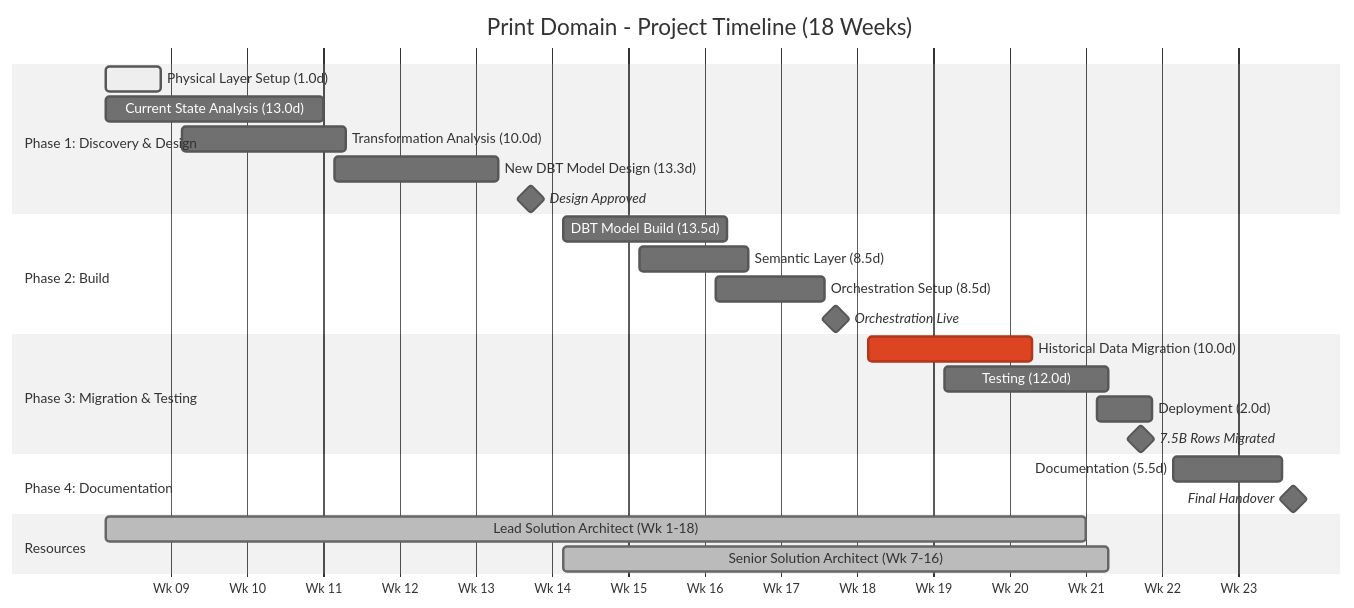
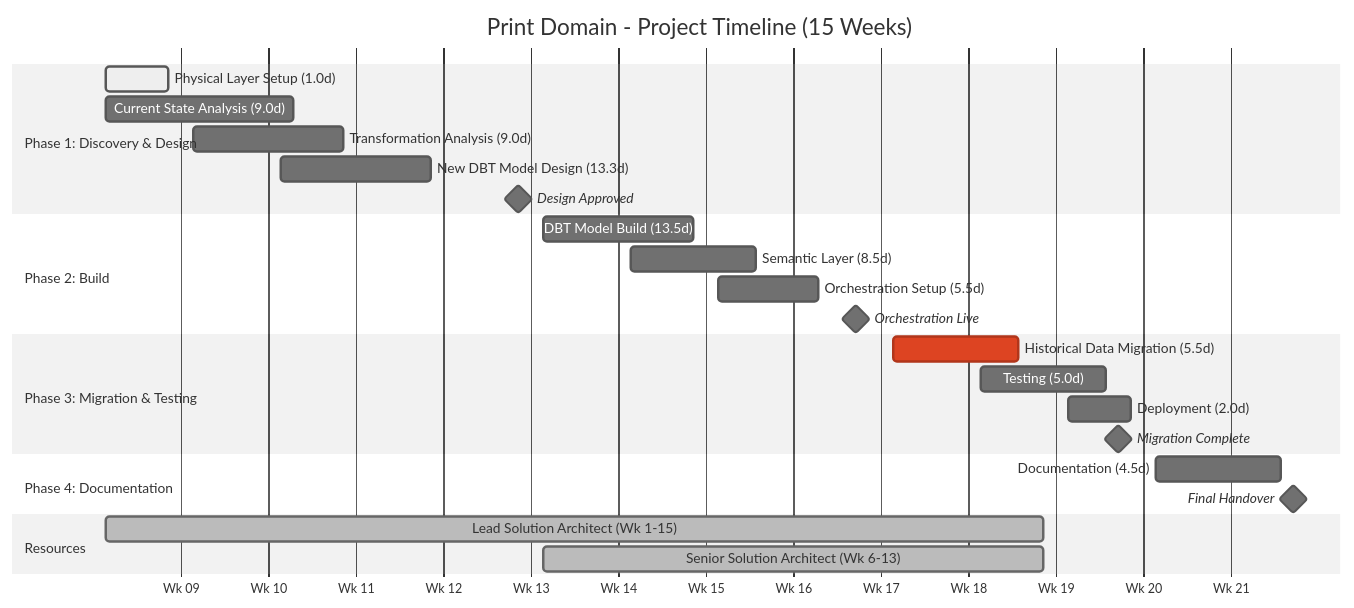
Before and after one commit to sfc-gh-mhindi/REPO_CANVA: the first of 2 diagrams in 4-DataPipelinePrioritisation/InternalSoWs/SoWs/Print_Domain_Scope_of_Work_INTERNAL.md, drawn with Mermaid (neutral theme). The commit also changed other lines of this file and 3 other files, not shown here.

First line of the commit message:
Update timelines and resource requirements to match new estimates

````diff
--- a/4-DataPipelinePrioritisation/InternalSoWs/SoWs/Print_Domain_Scope_of_Work_INTERNAL.md
+++ b/4-DataPipelinePrioritisation/InternalSoWs/SoWs/Print_Domain_Scope_of_Work_INTERNAL.md
@@ -533,34 +533,34 @@
 ```mermaid
 gantt
-    title Print Domain - Project Timeline (18 Weeks)
+    title Print Domain - Project Timeline (15 Weeks)
     dateFormat  YYYY-MM-DD
     axisFormat  Wk %W
     tickInterval 1week
     
     section Phase 1: Discovery & Design
     Physical Layer Setup (1.0d)           :active, p1a, 2026-03-02, 5d
-    Current State Analysis (13.0d)        :p1b, 2026-03-02, 20d
-    Transformation Analysis (10.0d)       :p1c, 2026-03-09, 15d
-    New DBT Model Design (13.3d)          :p1d, 2026-03-23, 15d
-    Design Approved                       :milestone, m1, 2026-04-10, 0d
+    Current State Analysis (9.0d)         :p1b, 2026-03-02, 15d
+    Transformation Analysis (9.0d)        :p1c, 2026-03-09, 12d
+    New DBT Model Design (13.3d)          :p1d, 2026-03-16, 12d
+    Design Approved                       :milestone, m1, 2026-04-04, 0d
     
     section Phase 2: Build
-    DBT Model Build (13.5d)               :p2a, 2026-04-13, 15d
-    Semantic Layer (8.5d)                 :p2b, 2026-04-20, 10d
-    Orchestration Setup (8.5d)            :p2c, 2026-04-27, 10d
-    Orchestration Live                    :milestone, m2, 2026-05-08, 0d
+    DBT Model Build (13.5d)               :p2a, 2026-04-06, 12d
+    Semantic Layer (8.5d)                 :p2b, 2026-04-13, 10d
+    Orchestration Setup (5.5d)            :p2c, 2026-04-20, 8d
+    Orchestration Live                    :milestone, m2, 2026-05-01, 0d
     
     section Phase 3: Migration & Testing
-    Historical Data Migration (10.0d)     :crit, p3a, 2026-05-11, 15d
-    Testing (12.0d)                       :p3b, 2026-05-18, 15d
-    Deployment (2.0d)                     :p3c, 2026-06-01, 5d
-    7.5B Rows Migrated                    :milestone, m3, 2026-06-05, 0d
+    Historical Data Migration (5.5d)      :crit, p3a, 2026-05-04, 10d
+    Testing (5.0d)                        :p3b, 2026-05-11, 10d
+    Deployment (2.0d)                     :p3c, 2026-05-18, 5d
+    Migration Complete                    :milestone, m3, 2026-05-22, 0d
     
     section Phase 4: Documentation
-    Documentation (5.5d)                  :p4a, 2026-06-08, 10d
-    Final Handover                        :milestone, m4, 2026-06-19, 0d
+    Documentation (4.5d)                  :p4a, 2026-05-25, 10d
+    Final Handover                        :milestone, m4, 2026-06-05, 0d
     
     section Resources
-    Lead Solution Architect (Wk 1-18)     :done, res1, 2026-03-02, 90d
-    Senior Solution Architect (Wk 7-16)   :done, res2, 2026-04-13, 50d
+    Lead Solution Architect (Wk 1-15)     :done, res1, 2026-03-02, 75d
+    Senior Solution Architect (Wk 6-13)   :done, res2, 2026-04-06, 40d
 ```
````
